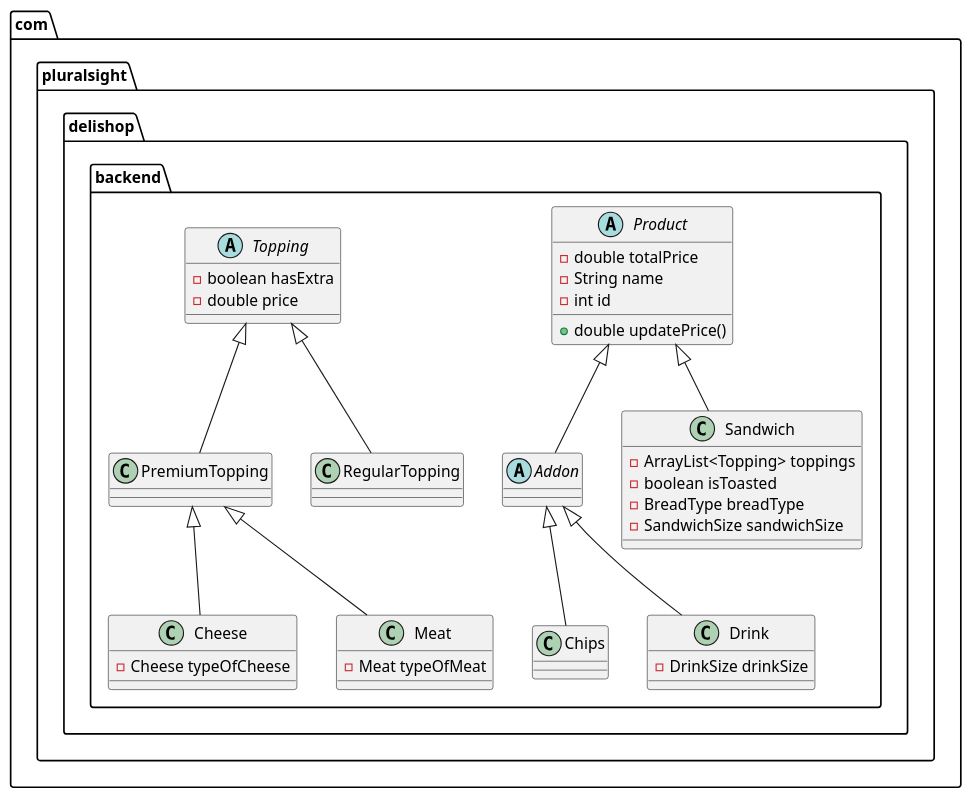
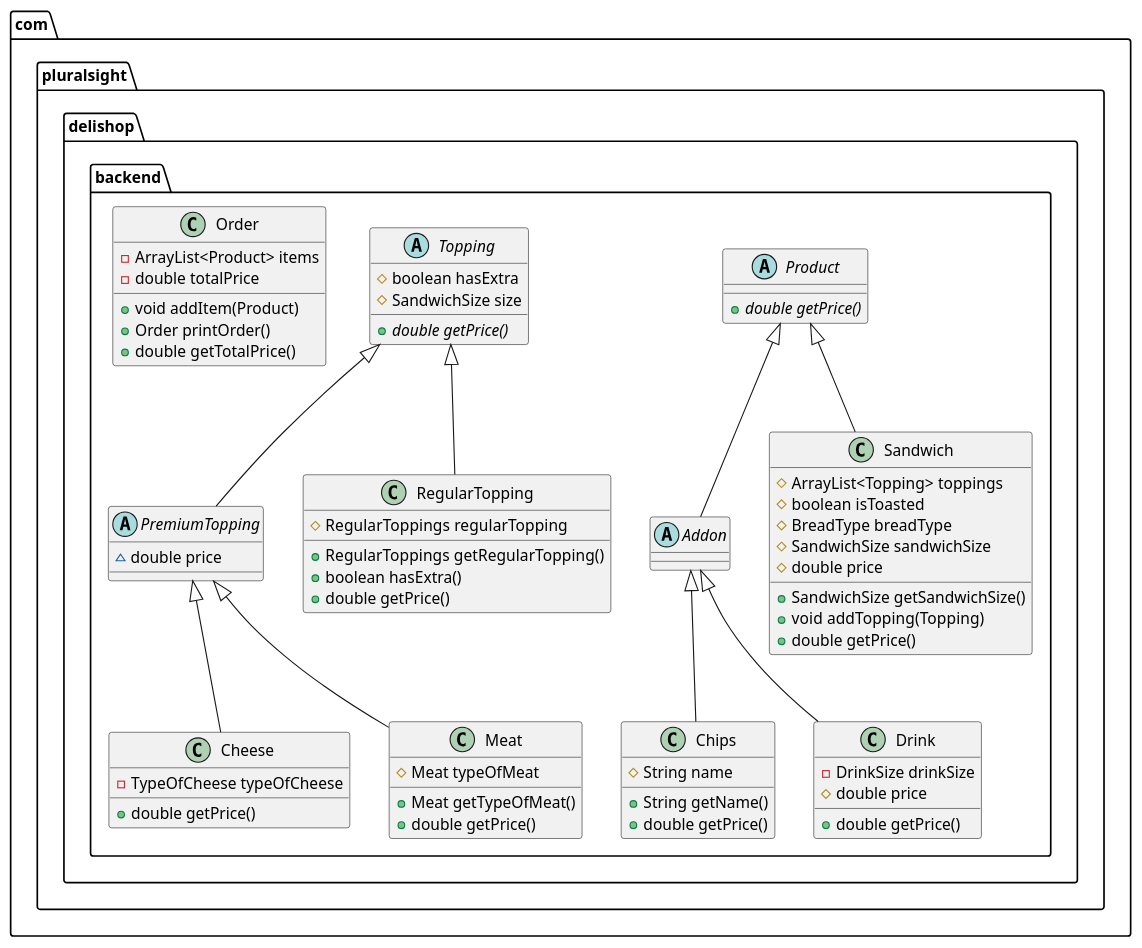
One commit to Revilite/deli-shop changed the diagram in Diagram.puml. Above: the diagram before and after it, drawn with PlantUML. The commit also changed 17 other files, not shown here.

```diff
--- a/Diagram.puml
+++ b/Diagram.puml
@@ -1,52 +1,85 @@
 @startuml
-class com.pluralsight.delishop.backend.PremiumTopping {
+abstract class com.pluralsight.delishop.backend.PremiumTopping {
+~ double price
 }
+
 abstract class com.pluralsight.delishop.backend.Addon {
 }
 class com.pluralsight.delishop.backend.Sandwich {
-- ArrayList<Topping> toppings
-- boolean isToasted
-- BreadType breadType
-- SandwichSize sandwichSize
-}
-
-abstract class com.pluralsight.delishop.backend.Product {
-- double totalPrice
-- String name
-- int id
-+ double updatePrice()
+# ArrayList<Topping> toppings
+# boolean isToasted
+# BreadType breadType
+# SandwichSize sandwichSize
+# double price
++ SandwichSize getSandwichSize()
++ void addTopping(Topping)
++ double getPrice()
 }
 
 
-class com.pluralsight.delishop.backend.Cheese {
-- Cheese typeOfCheese
+abstract class com.pluralsight.delishop.backend.Product {
++ {abstract}double getPrice()
 }
 
+class com.pluralsight.delishop.backend.Cheese {
+- TypeOfCheese typeOfCheese
++ double getPrice()
+}
+
+
 class com.pluralsight.delishop.backend.Chips {
+# String name
++ String getName()
++ double getPrice()
 }
+
+
 class com.pluralsight.delishop.backend.Drink {
 - DrinkSize drinkSize
+# double price
++ double getPrice()
 }
 
+
 class com.pluralsight.delishop.backend.RegularTopping {
-}
-class com.pluralsight.delishop.backend.Meat {
-- Meat typeOfMeat
+# RegularToppings regularTopping
++ RegularToppings getRegularTopping()
++ boolean hasExtra()
++ double getPrice()
 }
 
+
+class com.pluralsight.delishop.backend.Meat {
+# Meat typeOfMeat
++ Meat getTypeOfMeat()
++ double getPrice()
+}
+
+
 abstract class com.pluralsight.delishop.backend.Topping {
-- boolean hasExtra
-- double price
+# boolean hasExtra
+# SandwichSize size
++ {abstract}double getPrice()
 }
+
+
+class com.pluralsight.delishop.backend.Order {
+- ArrayList<Product> items
+- double totalPrice
++ void addItem(Product)
++ Order printOrder()
++ double getTotalPrice()
+}
+
 
 
 
 com.pluralsight.delishop.backend.Topping <|-- com.pluralsight.delishop.backend.PremiumTopping
 com.pluralsight.delishop.backend.Product <|-- com.pluralsight.delishop.backend.Addon
 com.pluralsight.delishop.backend.Product <|-- com.pluralsight.delishop.backend.Sandwich
 com.pluralsight.delishop.backend.PremiumTopping <|-- com.pluralsight.delishop.backend.Cheese
 com.pluralsight.delishop.backend.Addon <|-- com.pluralsight.delishop.backend.Chips
 com.pluralsight.delishop.backend.Addon <|-- com.pluralsight.delishop.backend.Drink
 com.pluralsight.delishop.backend.Topping <|-- com.pluralsight.delishop.backend.RegularTopping
 com.pluralsight.delishop.backend.PremiumTopping <|-- com.pluralsight.delishop.backend.Meat
 @enduml
```
